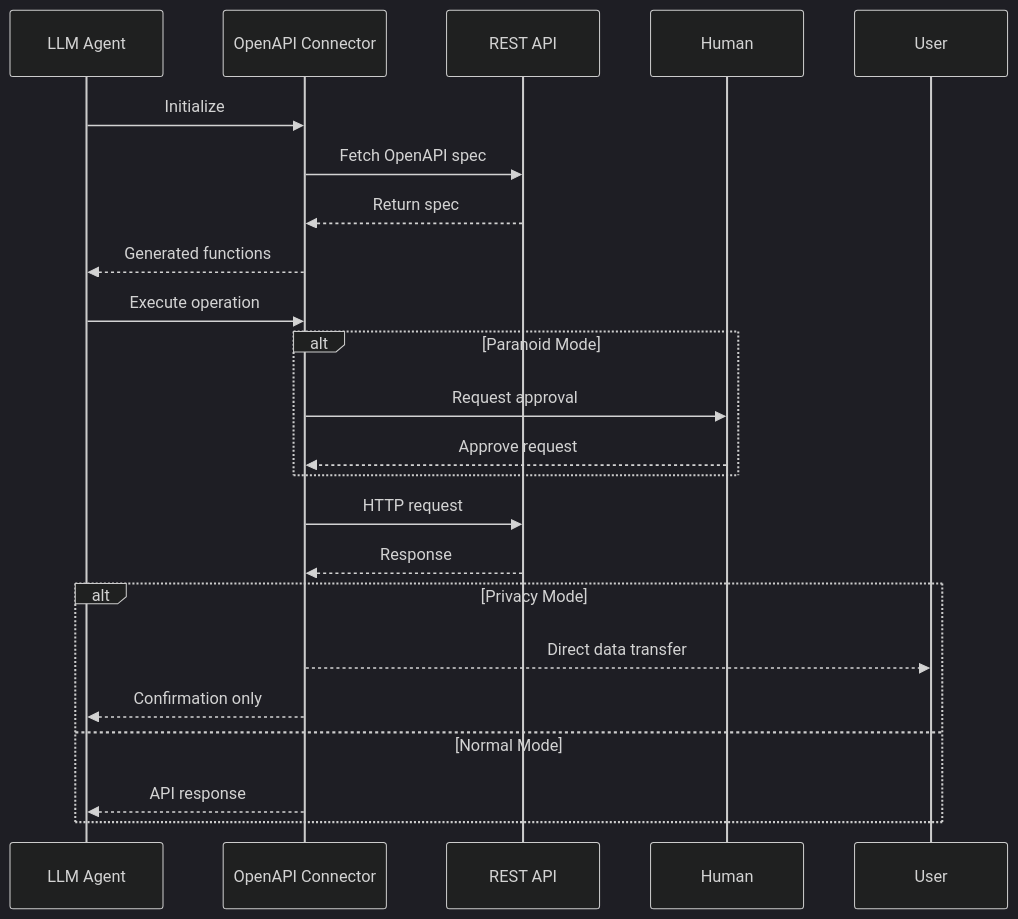
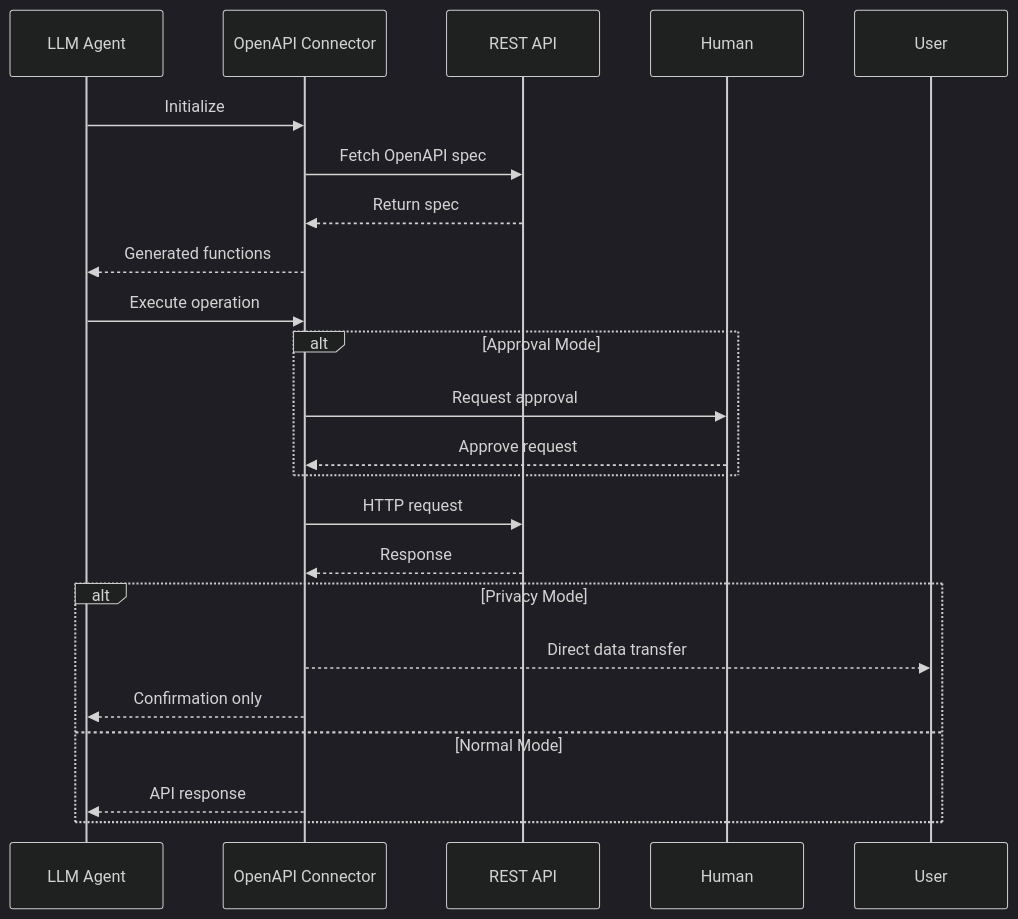
Before and after one commit to visioninhope/inferable-agents: the diagram in data-connector/src/open-api/README.md, drawn with Mermaid (dark theme). The commit also changed other lines of this file and 14 other files, not shown here.

Commit message:
feat: Rename `paranoidMode` to `approvalMode` (#233)

````diff
--- a/data-connector/src/open-api/README.md
+++ b/data-connector/src/open-api/README.md
@@ -28,27 +28,27 @@
 ```mermaid
 sequenceDiagram
     participant LLM as LLM Agent
     participant Connector as OpenAPI Connector
     participant API as REST API
 
     %% Spec Loading
     LLM->>Connector: Initialize
     Connector->>API: Fetch OpenAPI spec
     API-->>Connector: Return spec
     Connector-->>LLM: Generated functions
 
     %% Request Execution
     LLM->>Connector: Execute operation
-    alt Paranoid Mode
+    alt Approval Mode
         Connector->>Human: Request approval
         Human-->>Connector: Approve request
     end
     Connector->>API: HTTP request
     API-->>Connector: Response
     alt Privacy Mode
         Connector-->>User: Direct data transfer
         Connector-->>LLM: Confirmation only
     else Normal Mode
         Connector-->>LLM: API response
     end
 ```
````
